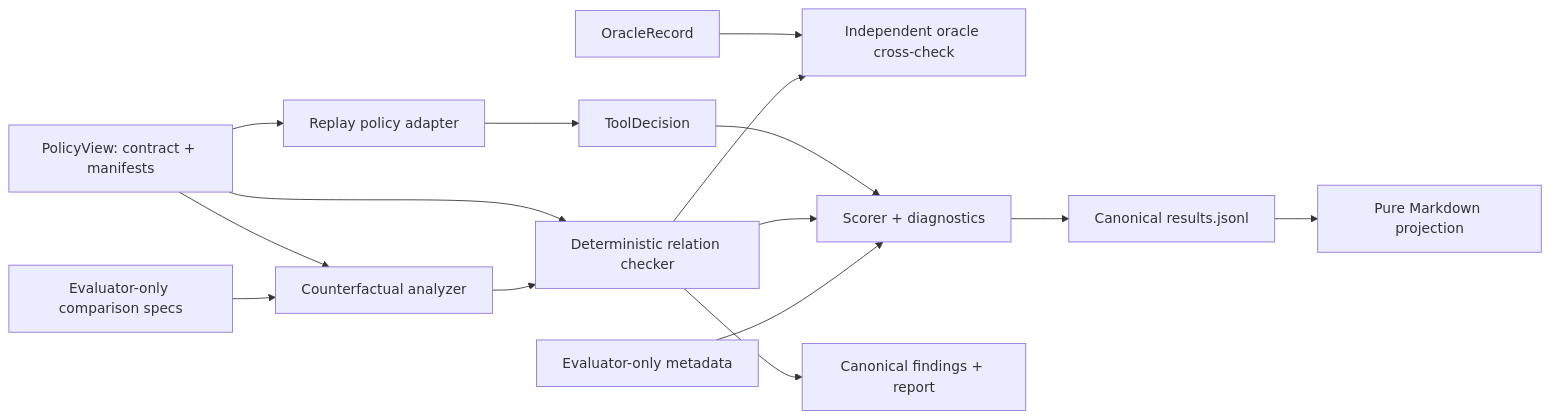
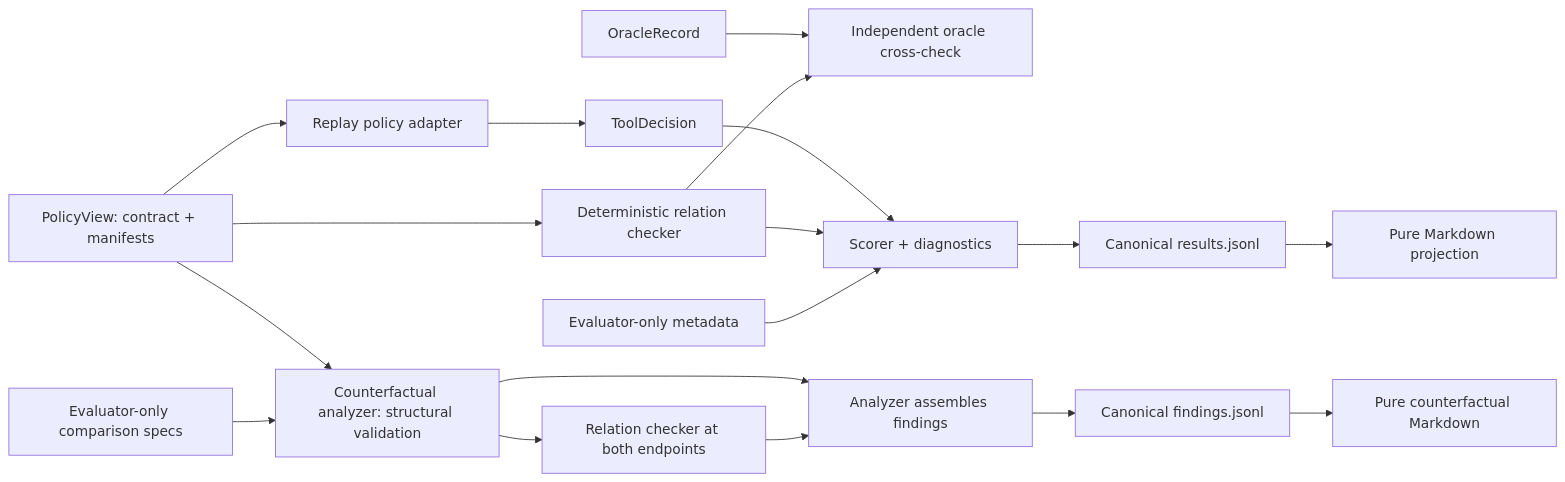
The diagram in README.md (eriksrice/tool-choice-contract-trial), drawn with Mermaid before and after one commit. The commit also changed other lines of this file and 18 other files, not shown here.

````diff
--- a/README.md
+++ b/README.md
@@ -17,21 +17,24 @@
 ```mermaid
 flowchart LR
     V["PolicyView: contract + manifests"] --> P["Replay policy adapter"]
     P --> D["ToolDecision"]
 
     V --> C["Deterministic relation checker"]
     O["OracleRecord"] --> X["Independent oracle cross-check"]
     C --> X
 
     D --> S["Scorer + diagnostics"]
     C --> S
     M["Evaluator-only metadata"] --> S
 
     S --> J["Canonical results.jsonl"]
     J --> R["Pure Markdown projection"]
 
-    V --> A["Counterfactual analyzer"]
+    V --> A["Counterfactual analyzer: structural validation"]
     Q["Evaluator-only comparison specs"] --> A
-    A --> C
-    C --> F["Canonical findings + report"]
+    A --> E["Relation checker at both endpoints"]
+    A --> B["Analyzer assembles findings"]
+    E --> B
+    B --> F["Canonical findings.jsonl"]
+    F --> G["Pure counterfactual Markdown"]
 ```
````
